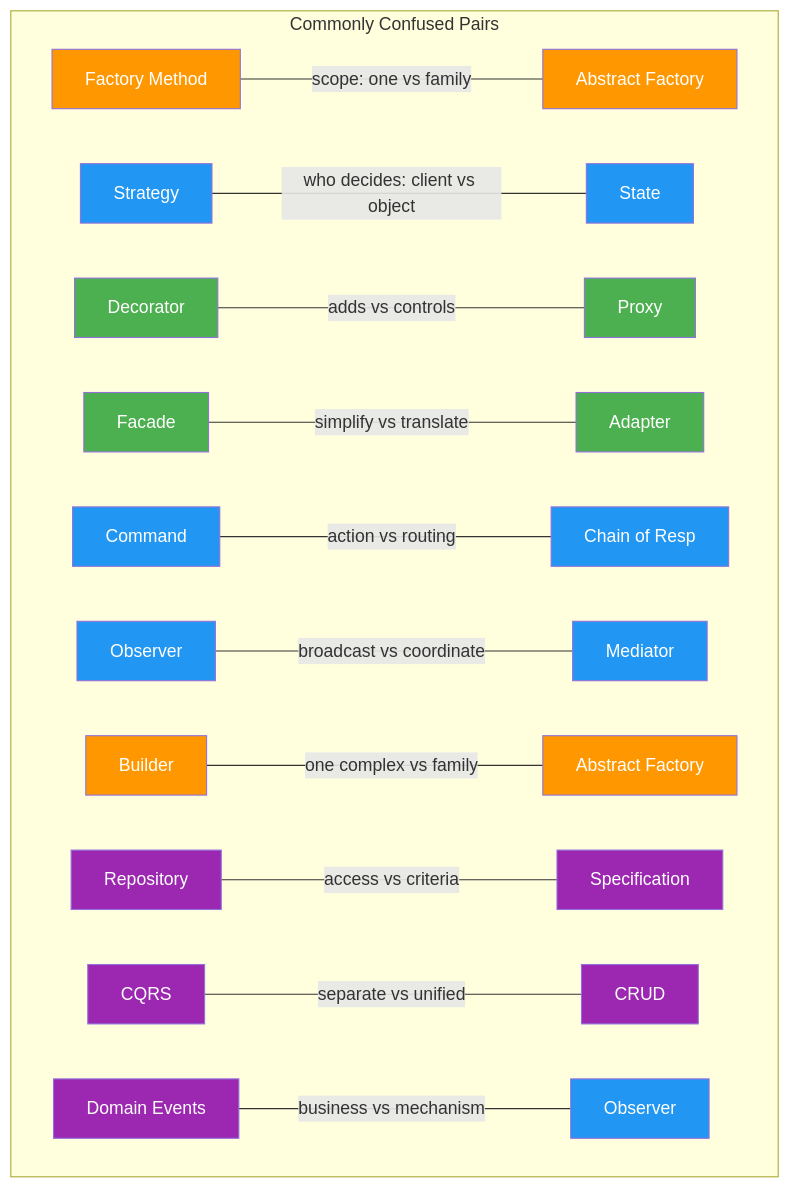
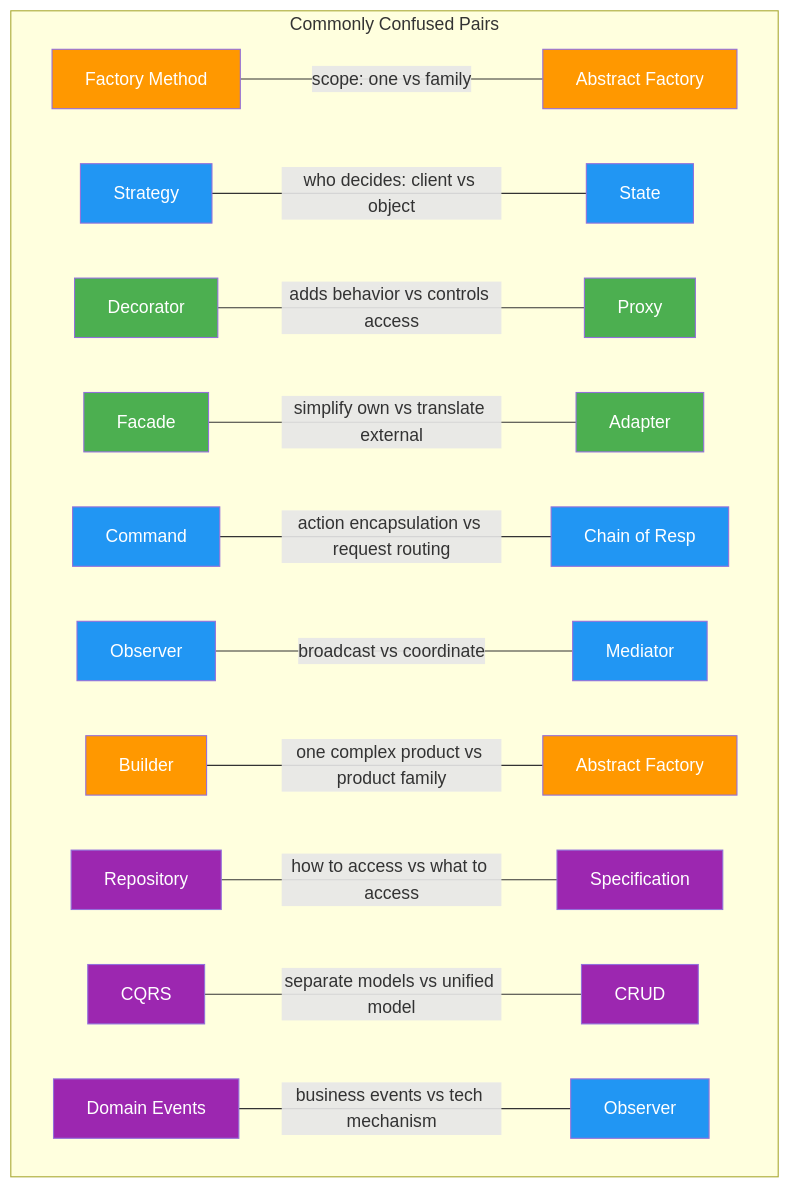
Diagram 12 of 12 in docs/comparison-maps.md (senapatisantosh/DotnetAdvanceDesignPattern), drawn with Mermaid before and after one commit. The commit also changed other lines of this file and 1 other file, not shown here.

````diff
--- a/docs/comparison-maps.md
+++ b/docs/comparison-maps.md
@@ -479,36 +565,36 @@
 ```mermaid
 graph TB
     subgraph "Commonly Confused Pairs"
         FM[Factory Method] ---|"scope: one vs family"| AF[Abstract Factory]
         STR[Strategy] ---|"who decides: client vs object"| ST[State]
-        DEC[Decorator] ---|"adds vs controls"| PX[Proxy]
-        FAC[Facade] ---|"simplify vs translate"| AD[Adapter]
-        CMD[Command] ---|"action vs routing"| CoR[Chain of Resp]
+        DEC[Decorator] ---|"adds behavior vs controls access"| PX[Proxy]
+        FAC[Facade] ---|"simplify own vs translate external"| AD[Adapter]
+        CMD[Command] ---|"action encapsulation vs request routing"| CoR[Chain of Resp]
         OBS[Observer] ---|"broadcast vs coordinate"| MED[Mediator]
-        BU[Builder] ---|"one complex vs family"| AF2[Abstract Factory]
-        REPO[Repository] ---|"access vs criteria"| SPEC[Specification]
-        CQRS[CQRS] ---|"separate vs unified"| CRUD[CRUD]
-        DE[Domain Events] ---|"business vs mechanism"| OBS2[Observer]
+        BU[Builder] ---|"one complex product vs product family"| AF2[Abstract Factory]
+        REPO[Repository] ---|"how to access vs what to access"| SPEC[Specification]
+        CQRS[CQRS] ---|"separate models vs unified model"| CRUD[CRUD]
+        DE[Domain Events] ---|"business events vs tech mechanism"| OBS2[Observer]
     end
 
     style FM fill:#FF9800,color:#fff
     style AF fill:#FF9800,color:#fff
     style STR fill:#2196F3,color:#fff
     style ST fill:#2196F3,color:#fff
     style DEC fill:#4CAF50,color:#fff
     style PX fill:#4CAF50,color:#fff
     style FAC fill:#4CAF50,color:#fff
     style AD fill:#4CAF50,color:#fff
     style CMD fill:#2196F3,color:#fff
     style CoR fill:#2196F3,color:#fff
     style OBS fill:#2196F3,color:#fff
     style MED fill:#2196F3,color:#fff
     style BU fill:#FF9800,color:#fff
     style AF2 fill:#FF9800,color:#fff
     style REPO fill:#9C27B0,color:#fff
     style SPEC fill:#9C27B0,color:#fff
     style CQRS fill:#9C27B0,color:#fff
     style CRUD fill:#9C27B0,color:#fff
     style DE fill:#9C27B0,color:#fff
     style OBS2 fill:#2196F3,color:#fff
 ```
````
